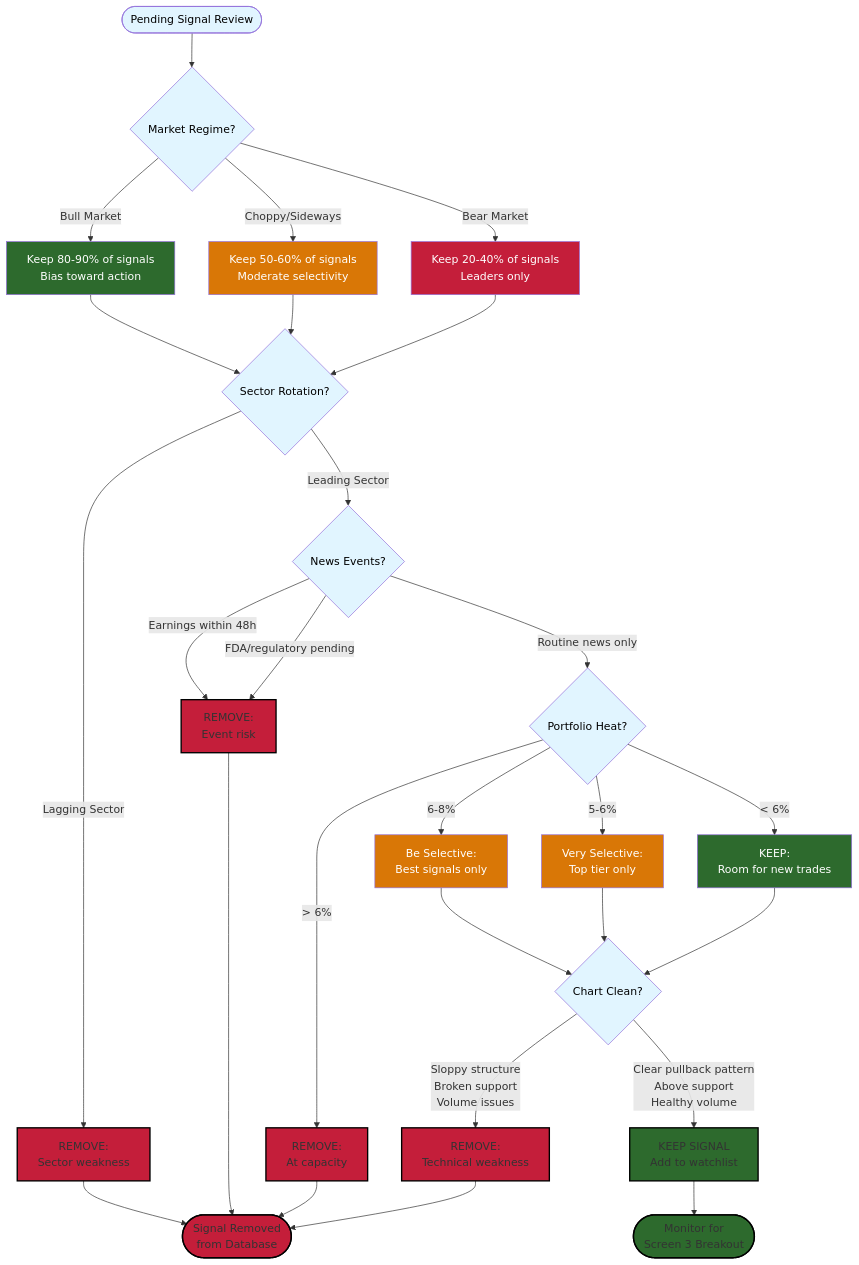
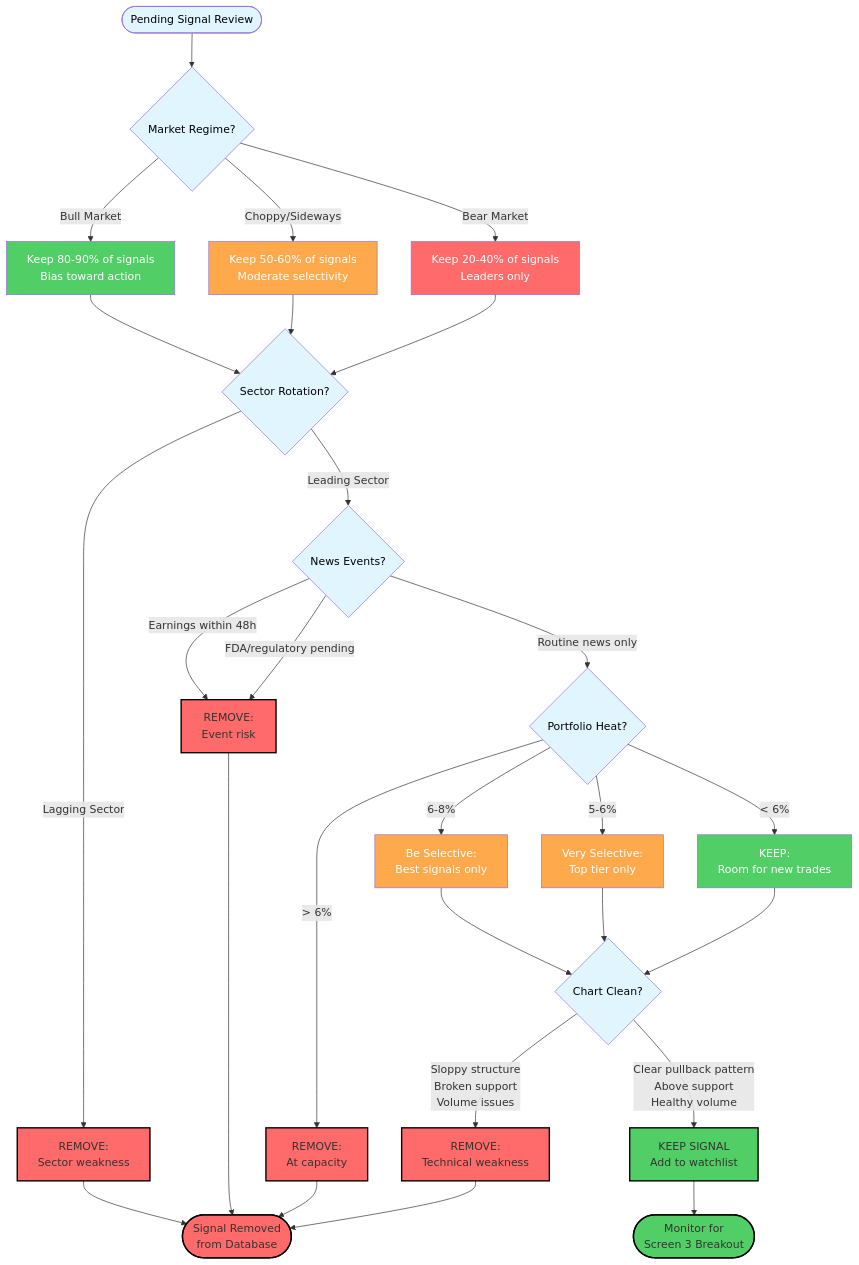
One commit to ouegy/triple-screen-docs changed the diagram in docs/guides/GUIDE-003-daily-signal-removal.md. Above: the diagram before and after it, drawn with Mermaid. The commit also changed 5 other files, not shown here.

````diff
--- a/docs/guides/GUIDE-003-daily-signal-removal.md
+++ b/docs/guides/GUIDE-003-daily-signal-removal.md
@@ -257,57 +257,57 @@
 ```mermaid
 graph TD
     Start([Pending Signal Review]) --> MarketRegime{Market Regime?}
 
     MarketRegime -->|Bull Market| BullKeep[Keep 80-90% of signals<br/>Bias toward action]
     MarketRegime -->|Choppy/Sideways| ChoppyKeep[Keep 50-60% of signals<br/>Moderate selectivity]
     MarketRegime -->|Bear Market| BearKeep[Keep 20-40% of signals<br/>Leaders only]
 
     BullKeep --> SectorCheck{Sector Rotation?}
     ChoppyKeep --> SectorCheck
     BearKeep --> SectorCheck
 
     SectorCheck -->|Leading Sector| NewsCheck{News Events?}
     SectorCheck -->|Lagging Sector| Remove1[REMOVE:<br/>Sector weakness]
 
     NewsCheck -->|Earnings within 48h| Remove2[REMOVE:<br/>Event risk]
     NewsCheck -->|FDA/regulatory pending| Remove2
     NewsCheck -->|Routine news only| HeatCheck{Portfolio Heat?}
 
     HeatCheck -->|< 6%| Keep1[KEEP:<br/>Room for new trades]
     HeatCheck -->|6-8%| Selective[Be Selective:<br/>Best signals only]
     HeatCheck -->|5-6%| VerySelective[Very Selective:<br/>Top tier only]
     HeatCheck -->|> 6%| Remove3[REMOVE:<br/>At capacity]
 
     Selective --> ChartCheck{Chart Clean?}
     VerySelective --> ChartCheck
     Keep1 --> ChartCheck
 
     ChartCheck -->|Clear pullback pattern<br/>Above support<br/>Healthy volume| FinalKeep[KEEP SIGNAL<br/>Add to watchlist]
     ChartCheck -->|Sloppy structure<br/>Broken support<br/>Volume issues| Remove4[REMOVE:<br/>Technical weakness]
 
     Remove1 --> End([Signal Removed<br/>from Database])
     Remove2 --> End
     Remove3 --> End
     Remove4 --> End
     FinalKeep --> Monitor([Monitor for<br/>Screen 3 Breakout])
 
     style Start fill:#e1f5ff,color:#000
-    style FinalKeep fill:#2d6a2d,color:#fff !important,stroke:#000,stroke-width:2px
-    style Monitor fill:#2d6a2d,color:#fff !important,stroke:#000,stroke-width:2px
-    style Remove1 fill:#c41e3a,color:#fff !important,stroke:#000,stroke-width:2px
-    style Remove2 fill:#c41e3a,color:#fff !important,stroke:#000,stroke-width:2px
-    style Remove3 fill:#c41e3a,color:#fff !important,stroke:#000,stroke-width:2px
-    style Remove4 fill:#c41e3a,color:#fff !important,stroke:#000,stroke-width:2px
-    style End fill:#c41e3a,color:#fff !important,stroke:#000,stroke-width:2px
+    style FinalKeep fill:#51cf66,color:#fff !important,stroke:#000,stroke-width:2px
+    style Monitor fill:#51cf66,color:#fff !important,stroke:#000,stroke-width:2px
+    style Remove1 fill:#ff6b6b,color:#fff !important,stroke:#000,stroke-width:2px
+    style Remove2 fill:#ff6b6b,color:#fff !important,stroke:#000,stroke-width:2px
+    style Remove3 fill:#ff6b6b,color:#fff !important,stroke:#000,stroke-width:2px
+    style Remove4 fill:#ff6b6b,color:#fff !important,stroke:#000,stroke-width:2px
+    style End fill:#ff6b6b,color:#fff !important,stroke:#000,stroke-width:2px
     style MarketRegime fill:#e1f5ff,color:#000
-    style BullKeep fill:#2d6a2d,color:#fff
-    style ChoppyKeep fill:#d97706,color:#fff
-    style BearKeep fill:#c41e3a,color:#fff
+    style BullKeep fill:#51cf66,color:#fff
+    style ChoppyKeep fill:#ffa94d,color:#fff
+    style BearKeep fill:#ff6b6b,color:#fff
     style SectorCheck fill:#e1f5ff,color:#000
     style NewsCheck fill:#e1f5ff,color:#000
     style HeatCheck fill:#e1f5ff,color:#000
     style ChartCheck fill:#e1f5ff,color:#000
-    style Keep1 fill:#2d6a2d,color:#fff
-    style Selective fill:#d97706,color:#fff
-    style VerySelective fill:#d97706,color:#fff
+    style Keep1 fill:#51cf66,color:#fff
+    style Selective fill:#ffa94d,color:#fff
+    style VerySelective fill:#ffa94d,color:#fff
 ```
````
